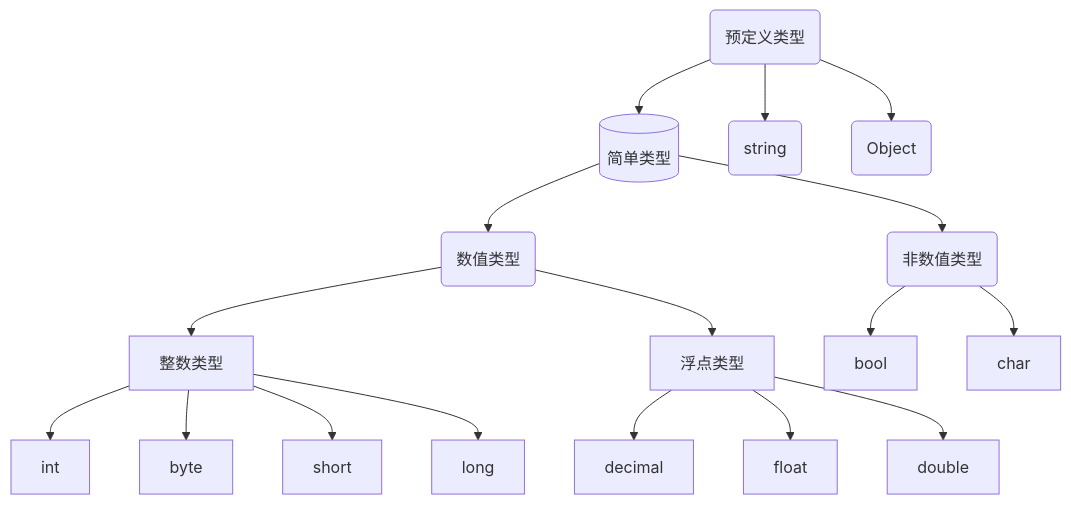
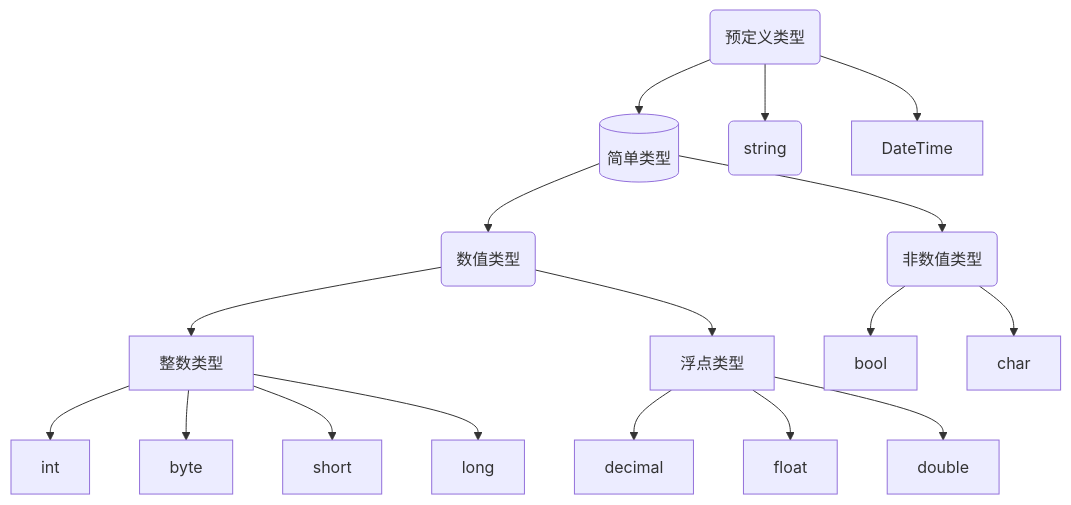
One commit to xiaoYoc/CSharp-Learning-Notes-In-a-Nutshell changed the second of 4 diagrams in Readme.md. Above: the diagram before and after it, drawn with Mermaid. The commit also changed other lines of this file and 11 other files, not shown here.

````diff
--- a/Readme.md
+++ b/Readme.md
@@ -130,19 +157,19 @@
 ```mermaid
 flowchart TD
 A(预定义类型)--> B[(简单类型)]
 A --> C(string)
-A --> D(Object)
+A --> DateTime
 B-->E(数值类型)
 E --> 整数类型
 E --> 浮点类型
 整数类型 -->int
 整数类型 -->byte
 整数类型 -->short
 整数类型 -->long
 浮点类型 --> decimal
 浮点类型 --> float
 浮点类型 --> double
 B-->F(非数值类型)
 F-->bool
 F --> char
 ```
````
